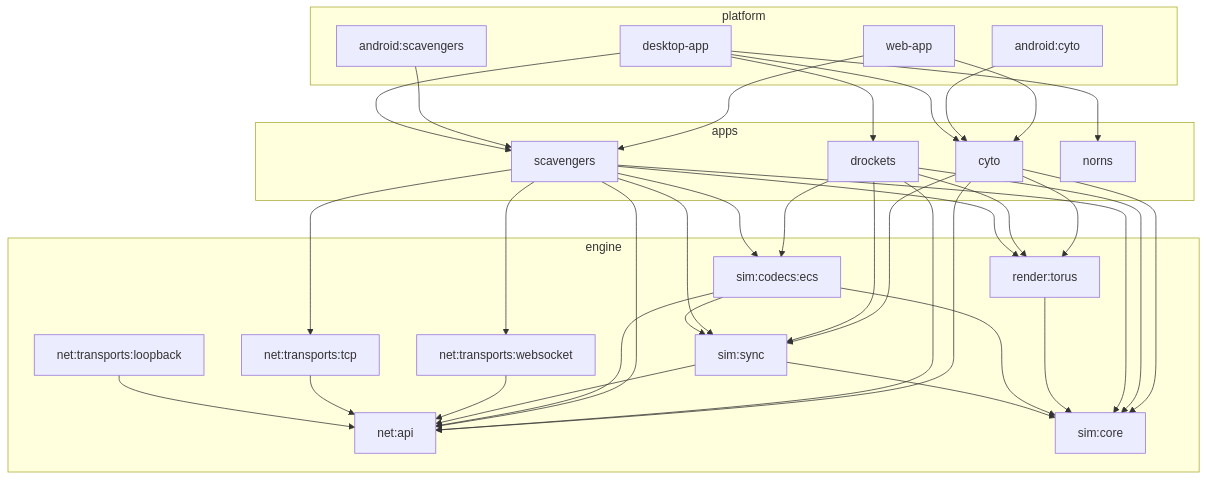
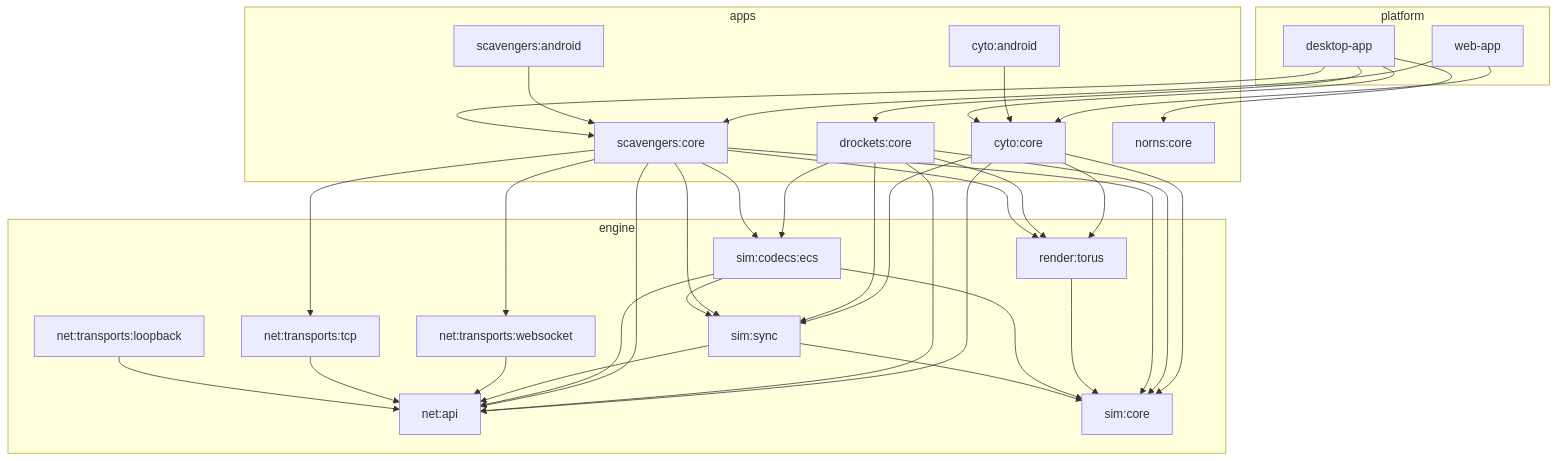
One commit to stuartorchard8/Emerge changed the diagram in README.md. Above: the diagram before and after it, drawn with Mermaid. The commit also changed other lines of this file and 22 other files, not shown here.

````diff
--- a/README.md
+++ b/README.md
@@ -64,47 +65,47 @@
 ```mermaid
 graph TD
   subgraph engine
     net_api[net:api]
     net_loop[net:transports:loopback]
     net_tcp[net:transports:tcp]
     net_ws[net:transports:websocket]
     sim_core[sim:core]
     sim_sync[sim:sync]
     codecs_ecs[sim:codecs:ecs]
     render[render:torus]
   end
 
   subgraph apps
-    scav[scavengers]
-    drockets[drockets]
-    cyto[cyto]
-    norns[norns]
+    scav[scavengers:core]
+    drockets[drockets:core]
+    cyto[cyto:core]
+    norns[norns:core]
+    android_scav[scavengers:android]
+    android_cyto[cyto:android]
   end
 
   subgraph platform
     desktop[desktop-app]
-    android_scav[android:scavengers]
-    android_cyto[android:cyto]
     web[web-app]
   end
 
   net_loop --> net_api
   net_tcp --> net_api
   net_ws --> net_api
 
   sim_sync --> sim_core
   sim_sync --> net_api
   codecs_ecs --> sim_core
   codecs_ecs --> sim_sync
   codecs_ecs --> net_api
   render --> sim_core
 
   scav --> sim_core & sim_sync & codecs_ecs & render & net_api & net_tcp & net_ws
   drockets --> sim_core & sim_sync & codecs_ecs & render & net_api
   cyto --> sim_core & sim_sync & render & net_api
 
   desktop --> scav & drockets & cyto & norns
   android_scav --> scav
   android_cyto --> cyto
   web --> scav & cyto
 ```
````
